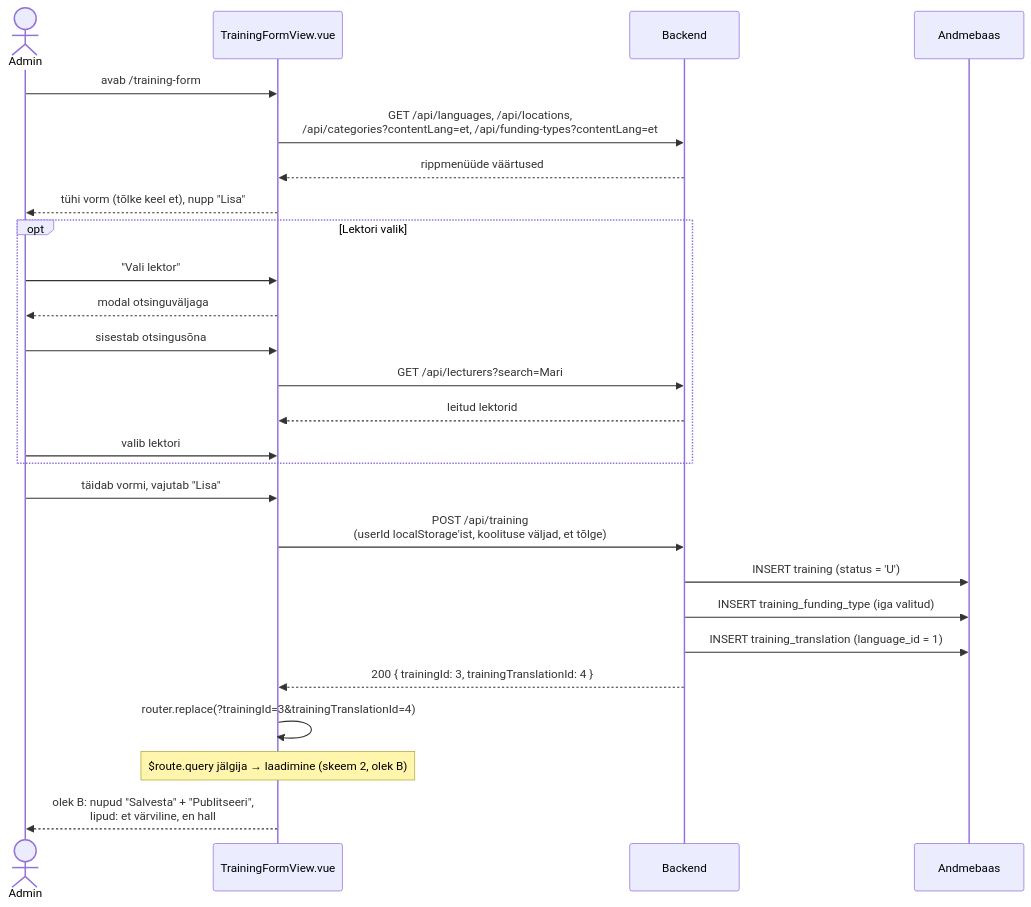
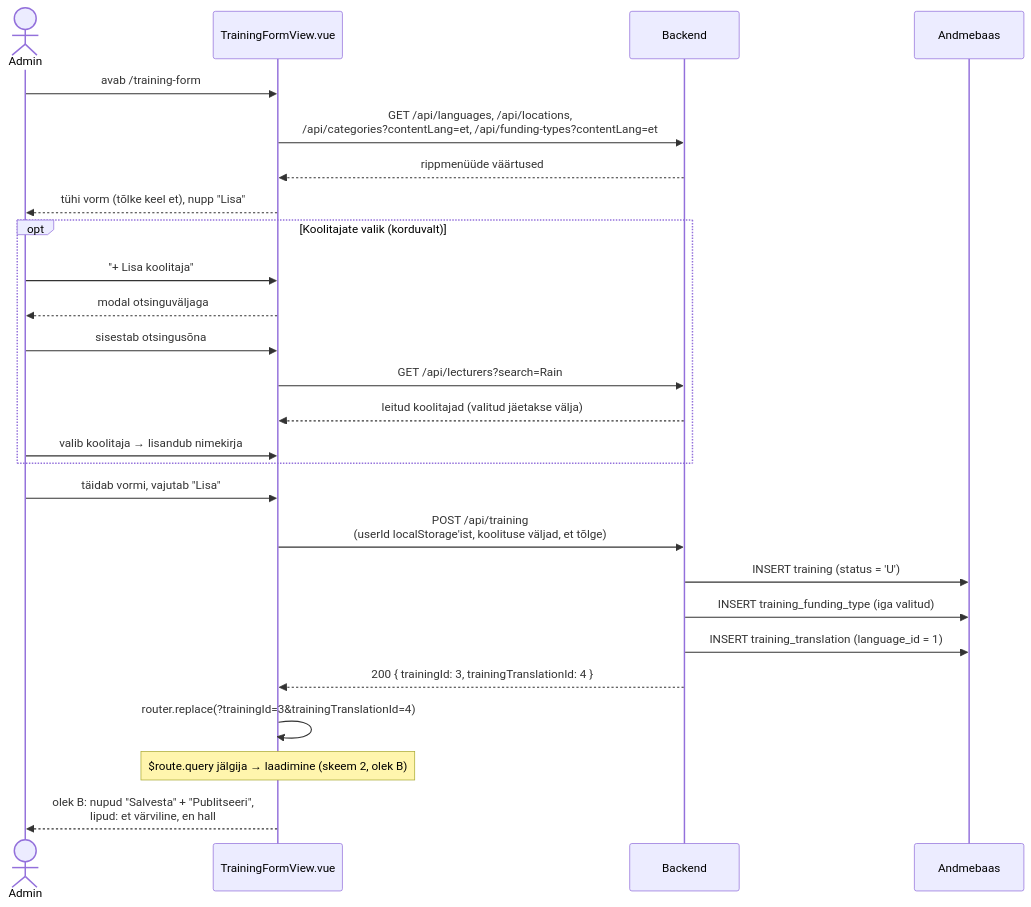
Before and after one commit to FredLehing/bcs-koolitused: the third of 7 diagrams in docs/mock-wireframe/loo-mock-vaade/form-view/training-form-view-skeemid.md, drawn with Mermaid. The commit also changed other lines of this file and 48 other files, not shown here.

First line of the commit message:
Mockid: koolitajad, avalik koolitajate leht, mitu koolitajat, prototüübi kest

````diff
--- a/docs/mock-wireframe/loo-mock-vaade/form-view/training-form-view-skeemid.md
+++ b/docs/mock-wireframe/loo-mock-vaade/form-view/training-form-view-skeemid.md
@@ -143,31 +144,31 @@
 ```mermaid
 sequenceDiagram
     actor Admin
     participant FE as TrainingFormView.vue
     participant BE as Backend
     participant DB as Andmebaas
 
     Admin->>FE: avab /training-form
     FE->>BE: GET /api/languages, /api/locations,<br/>/api/categories?contentLang=et, /api/funding-types?contentLang=et
     BE-->>FE: rippmenüüde väärtused
     FE-->>Admin: tühi vorm (tõlke keel et), nupp "Lisa"
 
-    opt Lektori valik
-        Admin->>FE: "Vali lektor"
+    opt Koolitajate valik (korduvalt)
+        Admin->>FE: "+ Lisa koolitaja"
         FE-->>Admin: modal otsinguväljaga
         Admin->>FE: sisestab otsingusõna
-        FE->>BE: GET /api/lecturers?search=Mari
-        BE-->>FE: leitud lektorid
-        Admin->>FE: valib lektori
+        FE->>BE: GET /api/lecturers?search=Rain
+        BE-->>FE: leitud koolitajad (valitud jäetakse välja)
+        Admin->>FE: valib koolitaja → lisandub nimekirja
     end
 
     Admin->>FE: täidab vormi, vajutab "Lisa"
     FE->>BE: POST /api/training<br/>(userId localStorage'ist, koolituse väljad, et tõlge)
     BE->>DB: INSERT training (status = 'U')
     BE->>DB: INSERT training_funding_type (iga valitud)
     BE->>DB: INSERT training_translation (language_id = 1)
     BE-->>FE: 200 { trainingId: 3, trainingTranslationId: 4 }
     FE->>FE: router.replace(?trainingId=3&trainingTranslationId=4)
     Note over FE: $route.query jälgija → laadimine (skeem 2, olek B)
     FE-->>Admin: olek B: nupud "Salvesta" + "Publitseeri",<br/>lipud: et värviline, en hall
 ```
````
